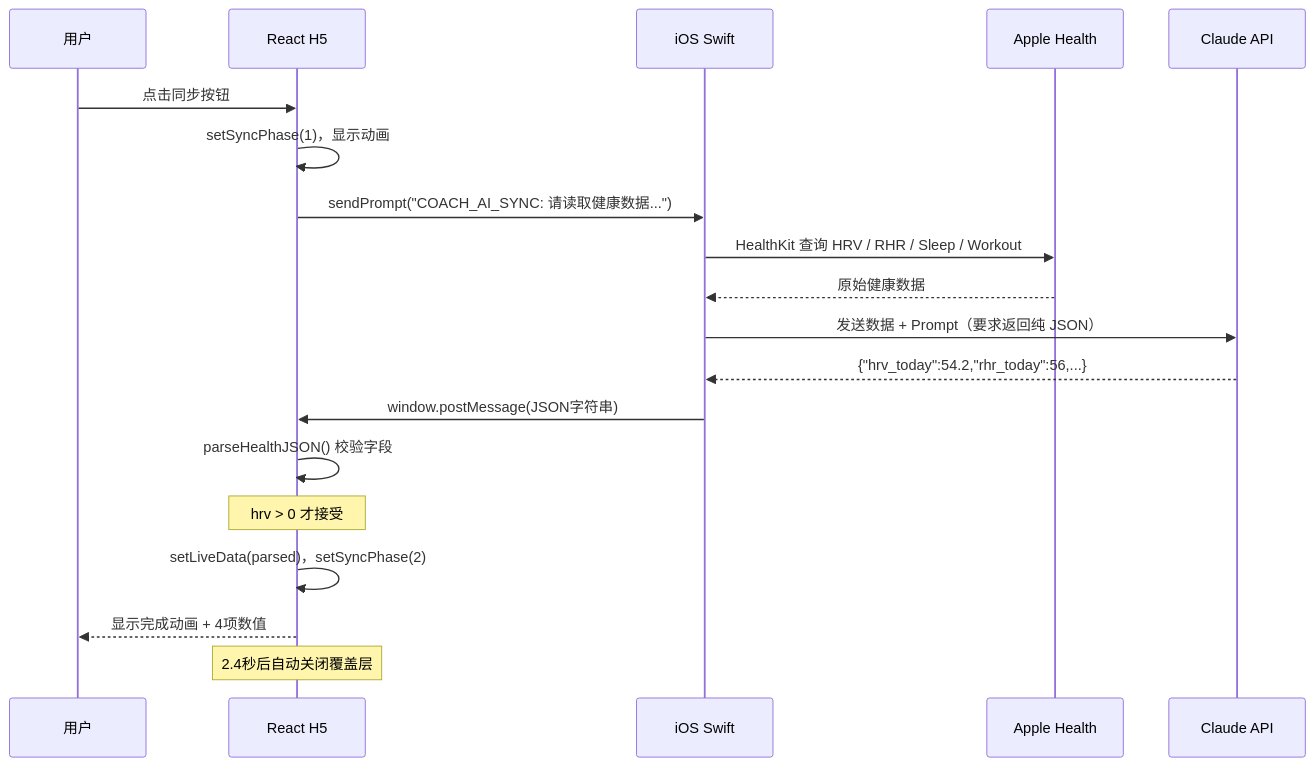
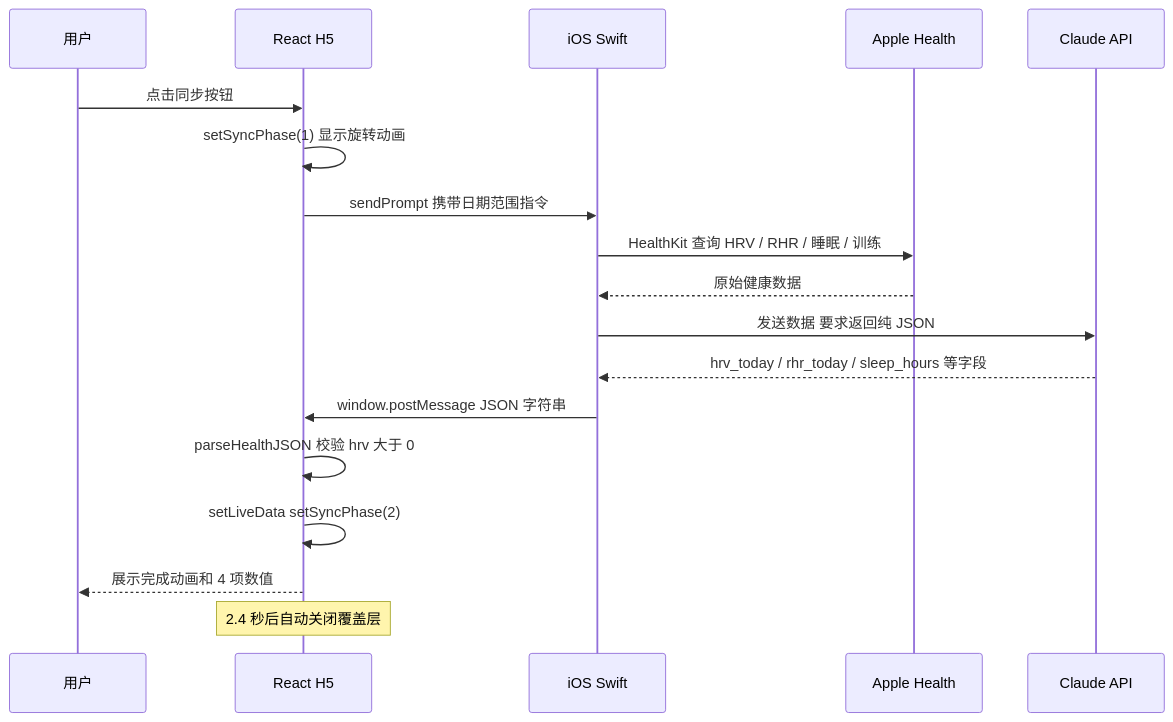
One commit to hengxinliang-design/coachAI changed the third of 13 diagrams in design/product-spec-v1.0.md. Above: the diagram before and after it, drawn with Mermaid. The commit also changed other lines of this file, not shown here.

First line of the commit message:
fix: rewrite Appendix A Mermaid diagrams — fix parse errors & visual consistency

````diff
--- a/design/product-spec-v1.0.md
+++ b/design/product-spec-v1.0.md
@@ -713,22 +745,21 @@
 ```mermaid
 sequenceDiagram
-    participant U as 用户
+    participant U  as 用户
     participant H5 as React H5
-    participant IOS as iOS Swift
+    participant IO as iOS Swift
     participant AH as Apple Health
     participant CA as Claude API
 
-    U->>H5: 点击同步按钮
-    H5->>H5: setSyncPhase(1)，显示动画
-    H5->>IOS: sendPrompt("COACH_AI_SYNC: 请读取健康数据...")
-    IOS->>AH: HealthKit 查询 HRV / RHR / Sleep / Workout
-    AH-->>IOS: 原始健康数据
-    IOS->>CA: 发送数据 + Prompt（要求返回纯 JSON）
-    CA-->>IOS: {"hrv_today":54.2,"rhr_today":56,...}
-    IOS->>H5: window.postMessage(JSON字符串)
-    H5->>H5: parseHealthJSON() 校验字段
-    Note over H5: hrv > 0 才接受
-    H5->>H5: setLiveData(parsed)，setSyncPhase(2)
-    H5-->>U: 显示完成动画 + 4项数值
-    Note over H5: 2.4秒后自动关闭覆盖层
+    U  ->> H5 : 点击同步按钮
+    H5 ->> H5 : setSyncPhase(1) 显示旋转动画
+    H5 ->> IO : sendPrompt 携带日期范围指令
+    IO ->> AH : HealthKit 查询 HRV / RHR / 睡眠 / 训练
+    AH -->> IO : 原始健康数据
+    IO ->> CA : 发送数据 要求返回纯 JSON
+    CA -->> IO : hrv_today / rhr_today / sleep_hours 等字段
+    IO ->> H5 : window.postMessage JSON 字符串
+    H5 ->> H5 : parseHealthJSON 校验 hrv 大于 0
+    H5 ->> H5 : setLiveData  setSyncPhase(2)
+    H5 -->> U  : 展示完成动画和 4 项数值
+    Note over H5 : 2.4 秒后自动关闭覆盖层
 ```
````
